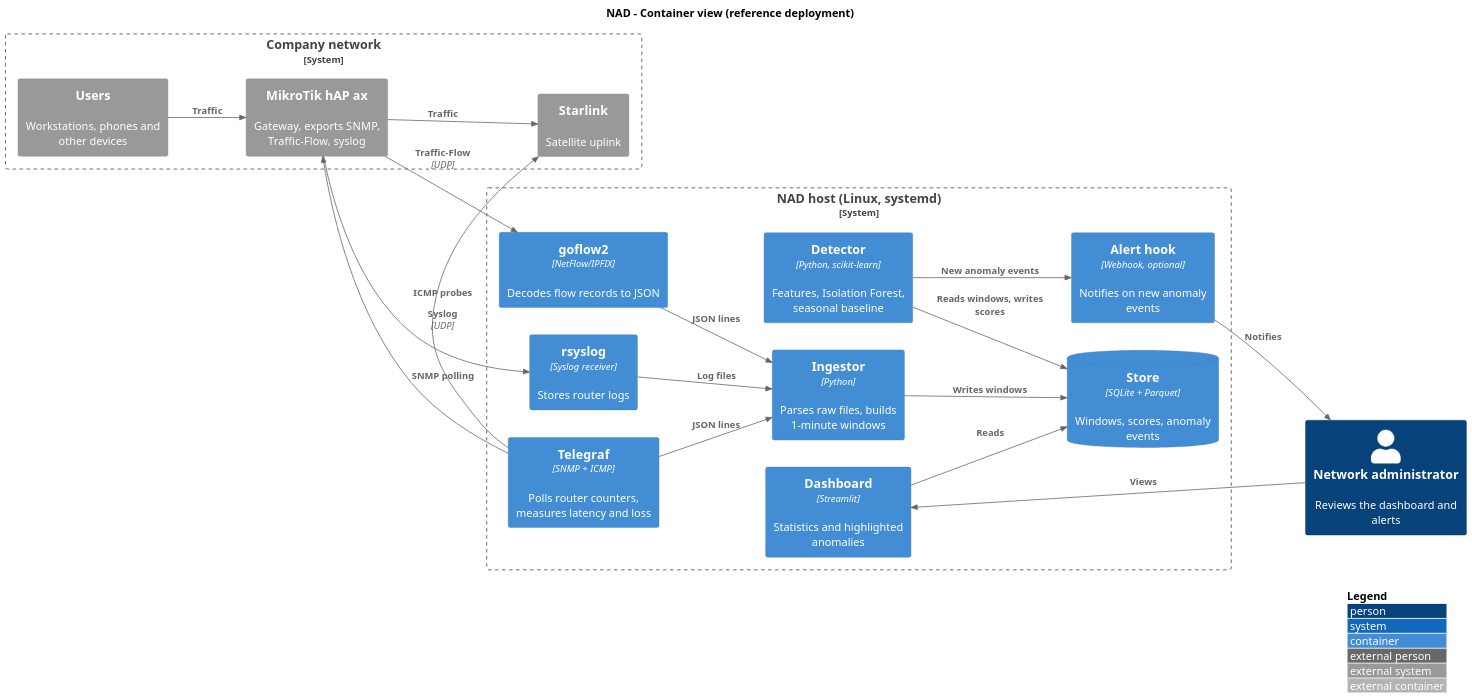
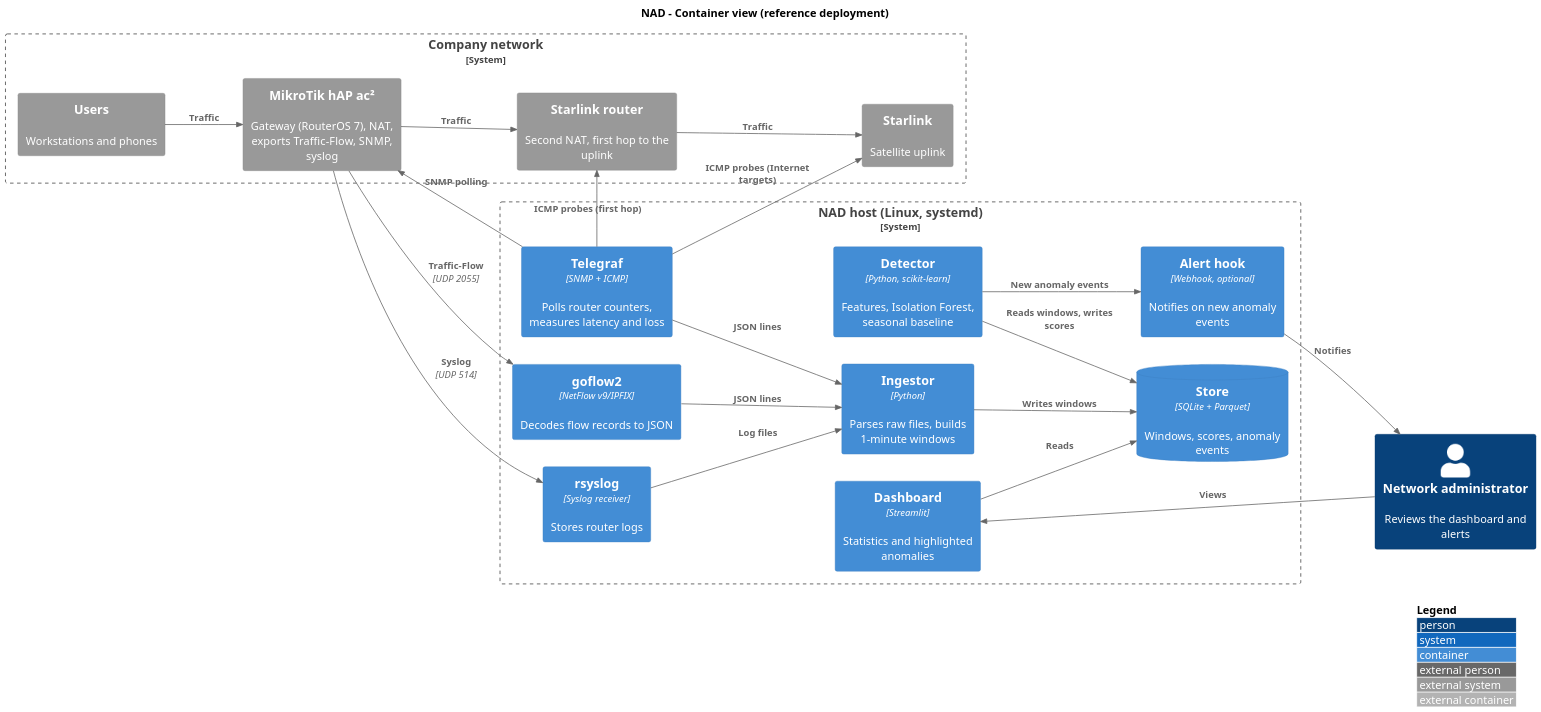
One commit to RStephanH/NAD changed the diagram in docs/diagrams/nad-containers.puml. Above: the diagram before and after it, drawn with PlantUML. The commit also changed 5 other files, not shown here.

Commit message:
docs: hAP ac2 gateway, Starlink router (double NAT), per-host features from outbound flows

```diff
--- a/docs/diagrams/nad-containers.puml
+++ b/docs/diagrams/nad-containers.puml
@@ -1,46 +1,49 @@
 @startuml nad-containers
 !include <C4/C4_Container>
 LAYOUT_LEFT_RIGHT()
 LAYOUT_WITH_LEGEND()
 skinparam dpi 150
 
 title NAD - Container view (reference deployment)
 
 Person(admin, "Network administrator", "Reviews the dashboard and alerts")
 
 System_Boundary(site, "Company network") {
-  System_Ext(users, "Users", "Workstations, phones and other devices")
-  System_Ext(gateway, "MikroTik hAP ax", "Gateway, exports SNMP, Traffic-Flow, syslog")
+  System_Ext(users, "Users", "Workstations and phones")
+  System_Ext(gateway, "MikroTik hAP ac²", "Gateway (RouterOS 7), NAT, exports Traffic-Flow, SNMP, syslog")
+  System_Ext(slrouter, "Starlink router", "Second NAT, first hop to the uplink")
   System_Ext(uplink, "Starlink", "Satellite uplink")
 }
 
 System_Boundary(nad, "NAD host (Linux, systemd)") {
   Container(telegraf, "Telegraf", "SNMP + ICMP", "Polls router counters, measures latency and loss")
-  Container(goflow, "goflow2", "NetFlow/IPFIX", "Decodes flow records to JSON")
+  Container(goflow, "goflow2", "NetFlow v9/IPFIX", "Decodes flow records to JSON")
   Container(rsyslog, "rsyslog", "Syslog receiver", "Stores router logs")
   Container(ingest, "Ingestor", "Python", "Parses raw files, builds 1-minute windows")
   ContainerDb(store, "Store", "SQLite + Parquet", "Windows, scores, anomaly events")
   Container(detector, "Detector", "Python, scikit-learn", "Features, Isolation Forest, seasonal baseline")
   Container(dashboard, "Dashboard", "Streamlit", "Statistics and highlighted anomalies")
   Container(alerts, "Alert hook", "Webhook, optional", "Notifies on new anomaly events")
 }
 
 Rel(users, gateway, "Traffic")
-Rel(gateway, uplink, "Traffic")
+Rel(gateway, slrouter, "Traffic")
+Rel(slrouter, uplink, "Traffic")
 
 Rel(telegraf, gateway, "SNMP polling")
-Rel(telegraf, uplink, "ICMP probes")
-Rel(gateway, goflow, "Traffic-Flow", "UDP")
-Rel(gateway, rsyslog, "Syslog", "UDP")
+Rel(telegraf, slrouter, "ICMP probes (first hop)")
+Rel(telegraf, uplink, "ICMP probes (Internet targets)")
+Rel(gateway, goflow, "Traffic-Flow", "UDP 2055")
+Rel(gateway, rsyslog, "Syslog", "UDP 514")
 
 Rel(telegraf, ingest, "JSON lines")
 Rel(goflow, ingest, "JSON lines")
 Rel(rsyslog, ingest, "Log files")
 Rel(ingest, store, "Writes windows")
 Rel(detector, store, "Reads windows, writes scores")
 Rel(dashboard, store, "Reads")
 Rel(detector, alerts, "New anomaly events")
 
 Rel(admin, dashboard, "Views")
 Rel(alerts, admin, "Notifies")
 @enduml
```
